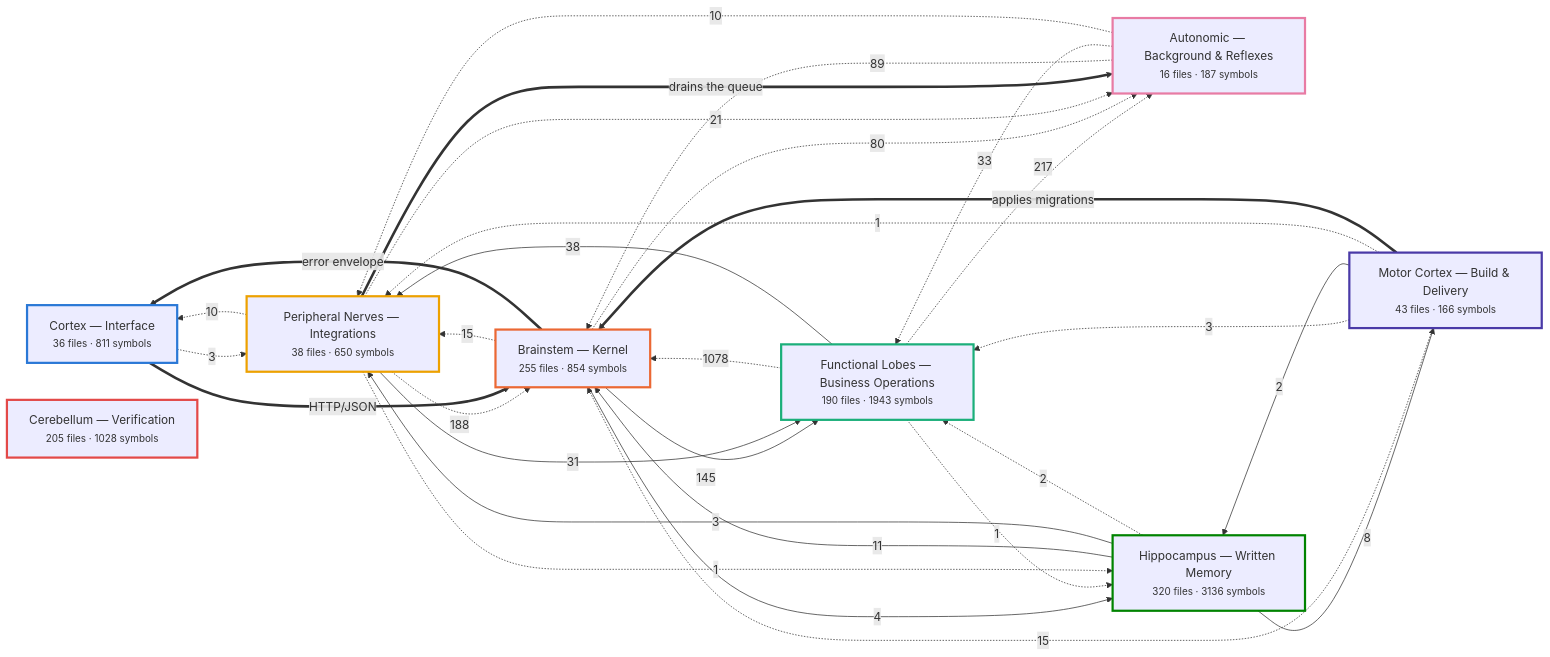
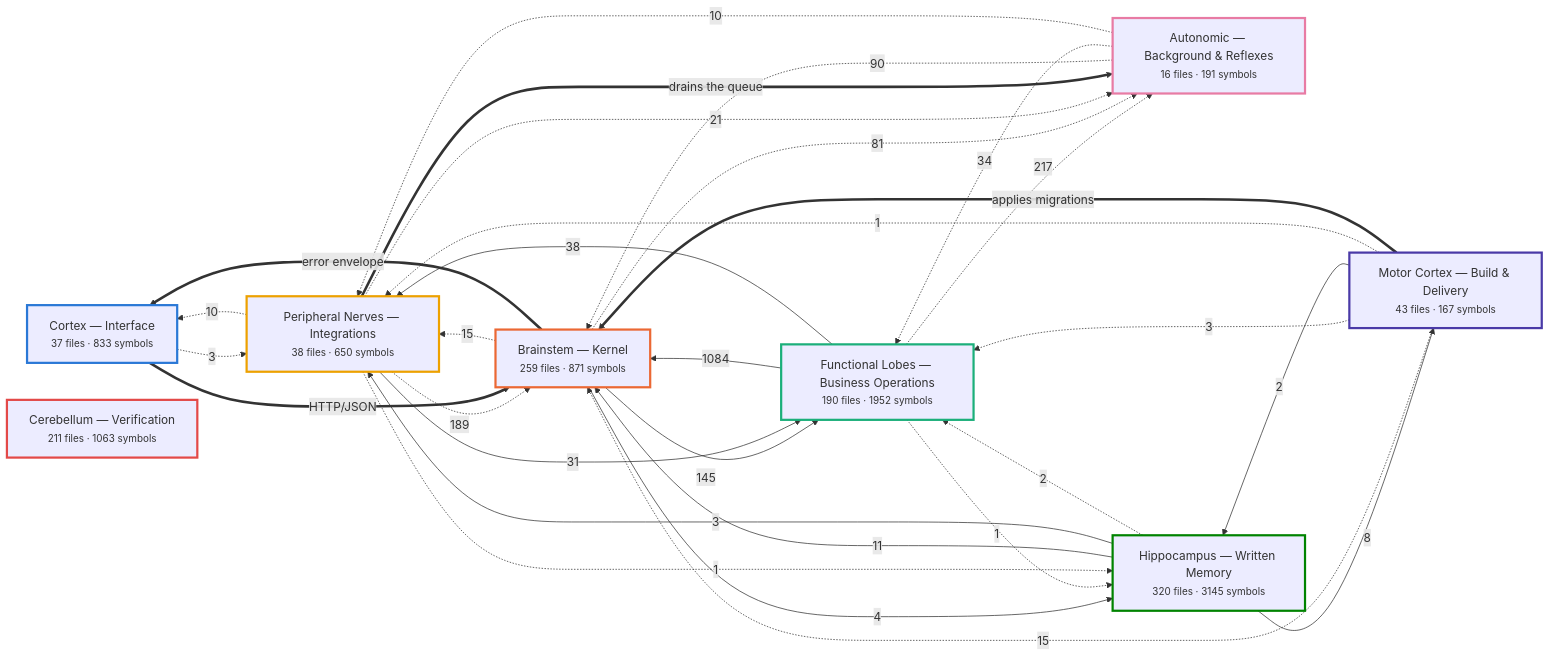
Before and after one commit to Vishalnayak226/custom_erp: the first of 7 diagrams in docs/brain/BRAIN.md, drawn with Mermaid. The commit also changed other lines of this file and 15 other files, not shown here.

````diff
--- a/docs/brain/BRAIN.md
+++ b/docs/brain/BRAIN.md
@@ -35,56 +35,56 @@
 ```mermaid
 flowchart LR
-  n_cortex["Cortex — Interface<br/><small>36 files · 811 symbols</small>"]
-  n_brainstem["Brainstem — Kernel<br/><small>255 files · 854 symbols</small>"]
-  n_business["Functional Lobes — Business Operations<br/><small>190 files · 1943 symbols</small>"]
+  n_cortex["Cortex — Interface<br/><small>37 files · 833 symbols</small>"]
+  n_brainstem["Brainstem — Kernel<br/><small>259 files · 871 symbols</small>"]
+  n_business["Functional Lobes — Business Operations<br/><small>190 files · 1952 symbols</small>"]
   n_peripheral["Peripheral Nerves — Integrations<br/><small>38 files · 650 symbols</small>"]
-  n_autonomic["Autonomic — Background & Reflexes<br/><small>16 files · 187 symbols</small>"]
-  n_memory["Hippocampus — Written Memory<br/><small>320 files · 3136 symbols</small>"]
-  n_motor["Motor Cortex — Build & Delivery<br/><small>43 files · 166 symbols</small>"]
-  n_verification["Cerebellum — Verification<br/><small>205 files · 1028 symbols</small>"]
-  n_business -.->|1078| n_brainstem
+  n_autonomic["Autonomic — Background & Reflexes<br/><small>16 files · 191 symbols</small>"]
+  n_memory["Hippocampus — Written Memory<br/><small>320 files · 3145 symbols</small>"]
+  n_motor["Motor Cortex — Build & Delivery<br/><small>43 files · 167 symbols</small>"]
+  n_verification["Cerebellum — Verification<br/><small>211 files · 1063 symbols</small>"]
+  n_business -->|1084| n_brainstem
   n_business -.->|217| n_autonomic
-  n_peripheral -.->|188| n_brainstem
+  n_peripheral -.->|189| n_brainstem
   n_brainstem -->|145| n_business
-  n_autonomic -.->|89| n_brainstem
-  n_brainstem -.->|80| n_autonomic
+  n_autonomic -.->|90| n_brainstem
+  n_brainstem -.->|81| n_autonomic
   n_business -->|38| n_peripheral
-  n_autonomic -.->|33| n_business
+  n_autonomic -.->|34| n_business
   n_peripheral -->|31| n_business
   n_peripheral -.->|21| n_autonomic
   n_brainstem -.->|15| n_peripheral
   n_motor -.->|15| n_brainstem
   n_memory -->|11| n_brainstem
   n_autonomic -.->|10| n_peripheral
   n_peripheral -.->|10| n_cortex
   n_memory -->|8| n_motor
   n_brainstem -->|4| n_memory
   n_cortex -.->|3| n_peripheral
   n_memory -->|3| n_peripheral
   n_motor -.->|3| n_business
   n_memory -.->|2| n_business
   n_motor -->|2| n_memory
   n_business -.->|1| n_memory
   n_motor -.->|1| n_peripheral
   n_peripheral -.->|1| n_memory
   n_brainstem ==>|error envelope| n_cortex
   n_cortex ==>|HTTP/JSON| n_brainstem
   n_motor ==>|applies migrations| n_brainstem
   n_peripheral ==>|drains the queue| n_autonomic
   classDef n_cortex stroke:#2a78d6,stroke-width:3px;
   class n_cortex n_cortex;
   classDef n_brainstem stroke:#eb6834,stroke-width:3px;
   class n_brainstem n_brainstem;
   classDef n_business stroke:#1baf7a,stroke-width:3px;
   class n_business n_business;
   classDef n_peripheral stroke:#eda100,stroke-width:3px;
   class n_peripheral n_peripheral;
   classDef n_autonomic stroke:#e87ba4,stroke-width:3px;
   class n_autonomic n_autonomic;
   classDef n_memory stroke:#008300,stroke-width:3px;
   class n_memory n_memory;
   classDef n_motor stroke:#4a3aa7,stroke-width:3px;
   class n_motor n_motor;
   classDef n_verification stroke:#e34948,stroke-width:3px;
   class n_verification n_verification;
 ```
````
